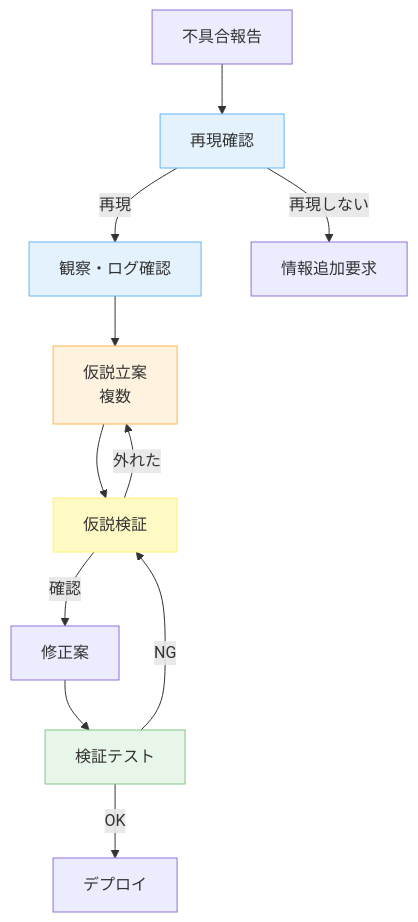
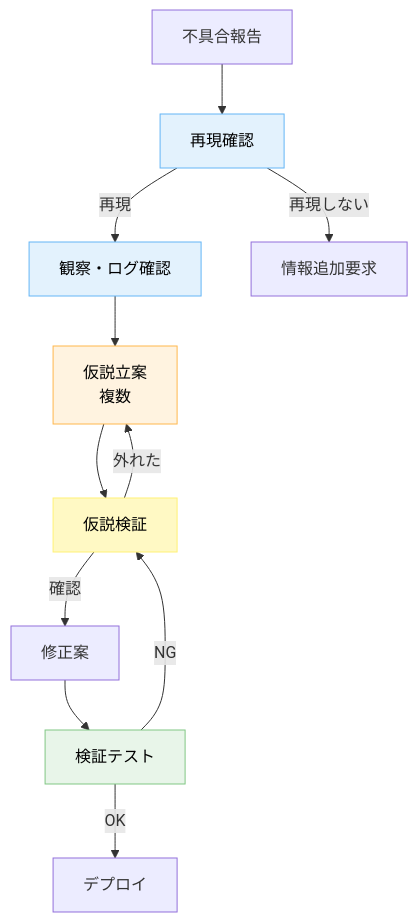
One commit to dinekt/dinekt-wiki changed the first of 2 diagrams in docs/case-studies/claude-code-を使った効率的な不具合調査.md. Above: the diagram before and after it, drawn with Mermaid. The commit also changed other lines of this file and 71 other files, not shown here.

First line of the commit message:
fix: mermaid readability + remove GitHub repo toolbar

````diff
--- a/docs/case-studies/claude-code-を使った効率的な不具合調査.md
+++ b/docs/case-studies/claude-code-を使った効率的な不具合調査.md
@@ -25,19 +25,19 @@
 ```mermaid
 flowchart TD
     B[不具合報告] --> R[再現確認]
     R -->|再現| O[観察・ログ確認]
     R -->|再現しない| Q[情報追加要求]
     O --> H[仮説立案<br/>複数]
     H --> T[仮説検証]
     T -->|確認| F[修正案]
     T -->|外れた| H
     F --> V[検証テスト]
     V -->|OK| D[デプロイ]
     V -->|NG| T
 
-    style R fill:#e3f2fd,stroke:#64b5f6
-    style O fill:#e3f2fd,stroke:#64b5f6
-    style H fill:#fff3e0,stroke:#ffb74d
-    style T fill:#fff9c4,stroke:#fff176
-    style V fill:#e8f5e9,stroke:#81c784
+    style R fill:#e3f2fd,stroke:#64b5f6,color:#000
+    style O fill:#e3f2fd,stroke:#64b5f6,color:#000
+    style H fill:#fff3e0,stroke:#ffb74d,color:#000
+    style T fill:#fff9c4,stroke:#fff176,color:#000
+    style V fill:#e8f5e9,stroke:#81c784,color:#000
 ```
````
